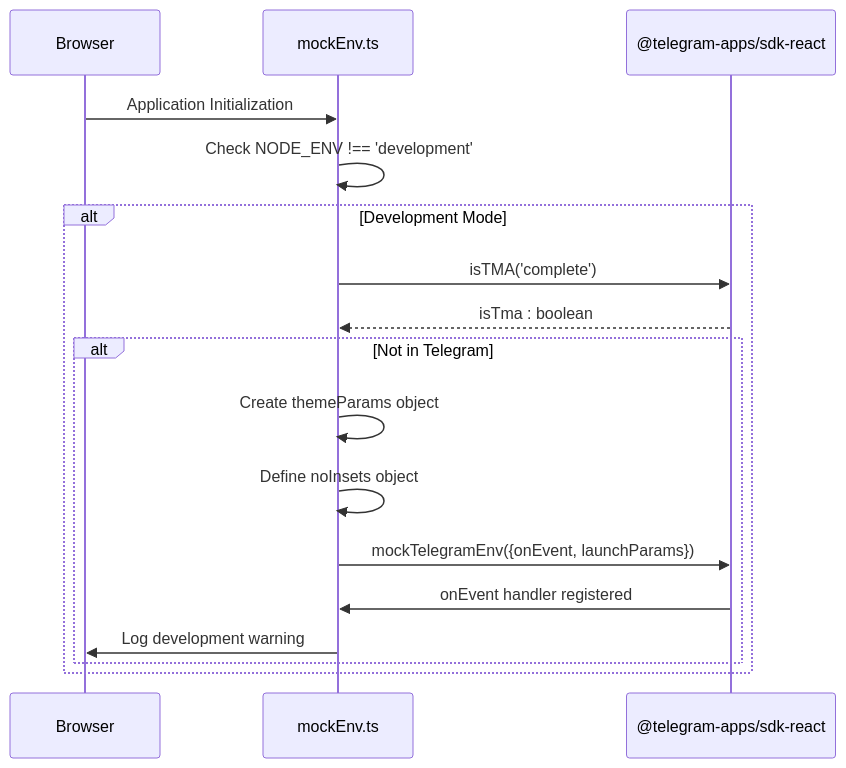
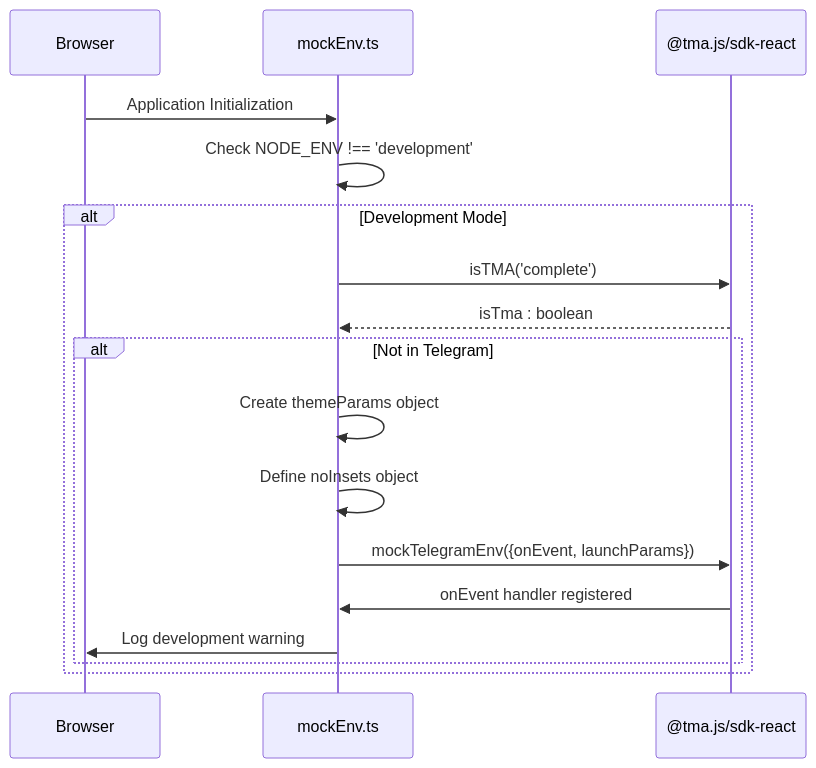
The second of 5 diagrams in .qoder/repowiki/en/content/Development Environment/Environment Mocking.md (Miaterio/Passion-bot-2), drawn with Mermaid before and after one commit. The commit also changed other lines of this file and 199 other files, not shown here.

````diff
--- a/.qoder/repowiki/en/content/Development Environment/Environment Mocking.md
+++ b/.qoder/repowiki/en/content/Development Environment/Environment Mocking.md
@@ -70,19 +70,19 @@
 ```mermaid
 sequenceDiagram
 participant Browser
 participant mockEnv as mockEnv.ts
-participant SDK as @telegram-apps/sdk-react
+participant SDK as @tma.js/sdk-react
 Browser->>mockEnv : Application Initialization
 mockEnv->>mockEnv : Check NODE_ENV !== 'development'
 alt Development Mode
 mockEnv->>SDK : isTMA('complete')
 SDK-->>mockEnv : isTma : boolean
 alt Not in Telegram
 mockEnv->>mockEnv : Create themeParams object
 mockEnv->>mockEnv : Define noInsets object
 mockEnv->>SDK : mockTelegramEnv({onEvent, launchParams})
 SDK->>mockEnv : onEvent handler registered
 mockEnv->>Browser : Log development warning
 end
 end
 ```
````
